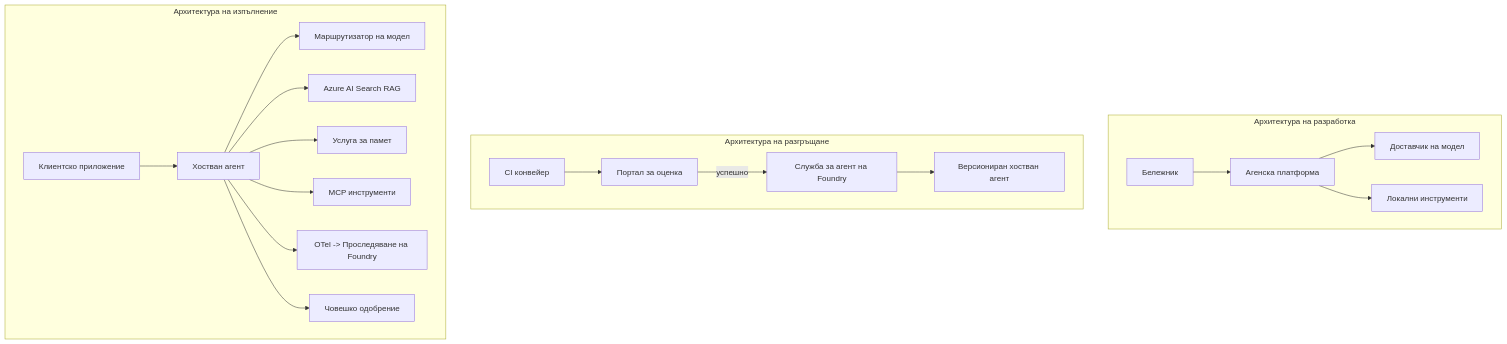
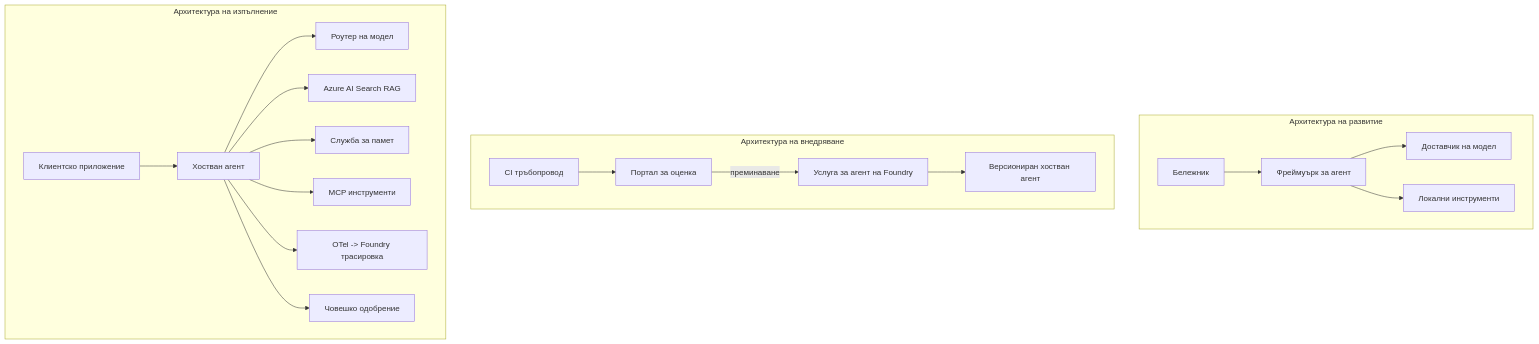
The fourth of 4 diagrams in mirrors/repos/microsoft@ai-agents-for-beginners/translations/bg/16-deploying-scalable-agents/README.md (gabrielmoreira/agent-skills-mirror), drawn with Mermaid before and after one commit. The commit also changed other lines of this file and 4262 other files, not shown here.

````diff
--- a/mirrors/repos/microsoft@ai-agents-for-beginners/translations/bg/16-deploying-scalable-agents/README.md
+++ b/mirrors/repos/microsoft@ai-agents-for-beginners/translations/bg/16-deploying-scalable-agents/README.md
@@ -185,22 +185,22 @@
 ```mermaid
 flowchart TB
-    subgraph Dev[Архитектура на разработка]
-        D1[Бележник] --> D2[Агенска платформа]
+    subgraph Dev[Архитектура на развитие]
+        D1[Бележник] --> D2[Фреймуърк за агент]
         D2 --> D3[Доставчик на модел]
         D2 --> D4[Локални инструменти]
     end
-    subgraph Deploy[Архитектура на разгръщане]
-        E1[CI конвейер] --> E2[Портал за оценка]
-        E2 -->|успешно| E3[Служба за агент на Foundry]
+    subgraph Deploy[Архитектура на внедряване]
+        E1[CI тръбопровод] --> E2[Портал за оценка]
+        E2 -->|преминаване| E3[Услуга за агент на Foundry]
         E3 --> E4[Версиониран хостван агент]
     end
     subgraph Run[Архитектура на изпълнение]
         F1[Клиентско приложение] --> F2[Хостван агент]
-        F2 --> F3[Маршрутизатор на модел]
+        F2 --> F3[Роутер на модел]
         F2 --> F4[Azure AI Search RAG]
-        F2 --> F5[Услуга за памет]
+        F2 --> F5[Служба за памет]
         F2 --> F6[MCP инструменти]
-        F2 --> F7[OTel -> Проследяване на Foundry]
+        F2 --> F7[OTel -> Foundry трасировка]
         F2 --> F8[Човешко одобрение]
     end
 ```
````
